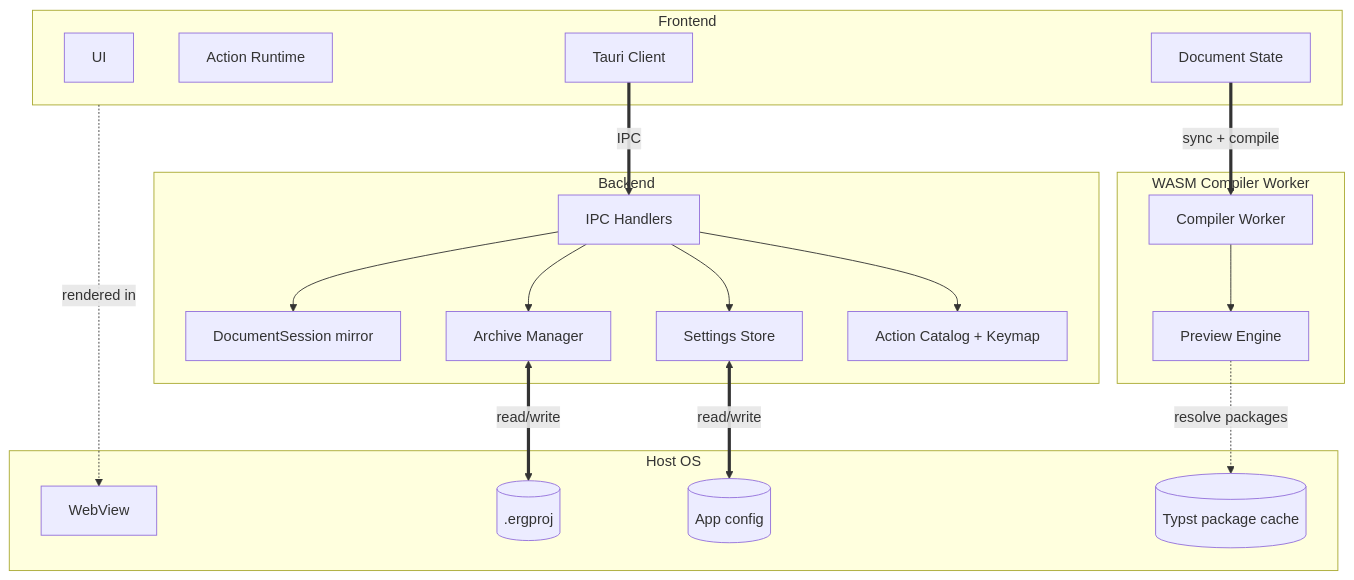
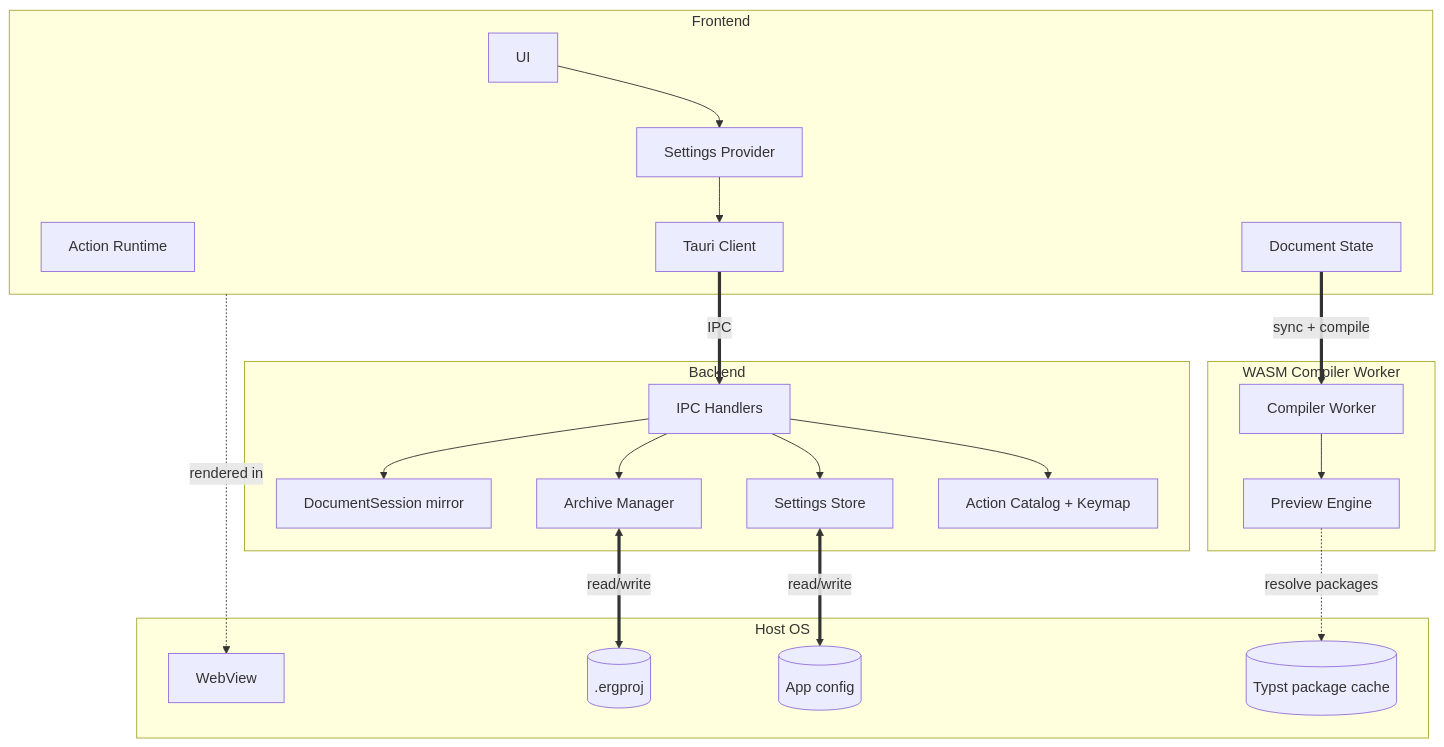
The diagram in context/component-diagram.md (andmoreduro/ergo), drawn with Mermaid before and after one commit. The commit also changed other lines of this file and 74 other files, not shown here.

````diff
--- a/context/component-diagram.md
+++ b/context/component-diagram.md
@@ -18,37 +18,40 @@
 ```mermaid
 flowchart TB
     subgraph Frontend ["Frontend"]
         UI[UI]
         Actions[Action Runtime]
         DocState[Document State]
+        SettingsProvider[Settings Provider]
         TauriClient[Tauri Client]
     end
     subgraph WasmWorker ["WASM Compiler Worker"]
         WorkerBridge[Compiler Worker]
         PreviewEngine[Preview Engine]
     end
     subgraph Backend ["Backend"]
         Handlers[IPC Handlers]
         Session[DocumentSession mirror]
         Archive[Archive Manager]
         Settings[Settings Store]
         ActionCatalog[Action Catalog + Keymap]
     end
     subgraph Host ["Host OS"]
         WebView[WebView]
         ProjectFiles[(.ergproj)]
         AppConfig[(App config)]
         TypstCache[(Typst package cache)]
     end
     Frontend -. rendered in .-> WebView
     DocState == sync + compile ==> WorkerBridge
     WorkerBridge --> PreviewEngine
+    SettingsProvider --> TauriClient
+    UI --> SettingsProvider
     TauriClient == IPC ==> Handlers
     Handlers --> ActionCatalog
     Handlers --> Session
     Handlers --> Archive
     Handlers --> Settings
     Archive <== read/write ==> ProjectFiles
     Settings <== read/write ==> AppConfig
     PreviewEngine -. resolve packages .-> TypstCache
 ```
````
